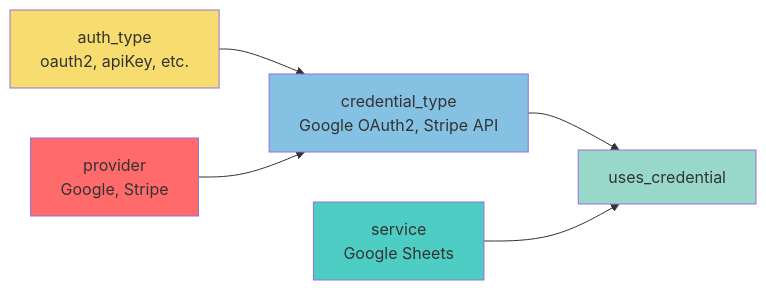
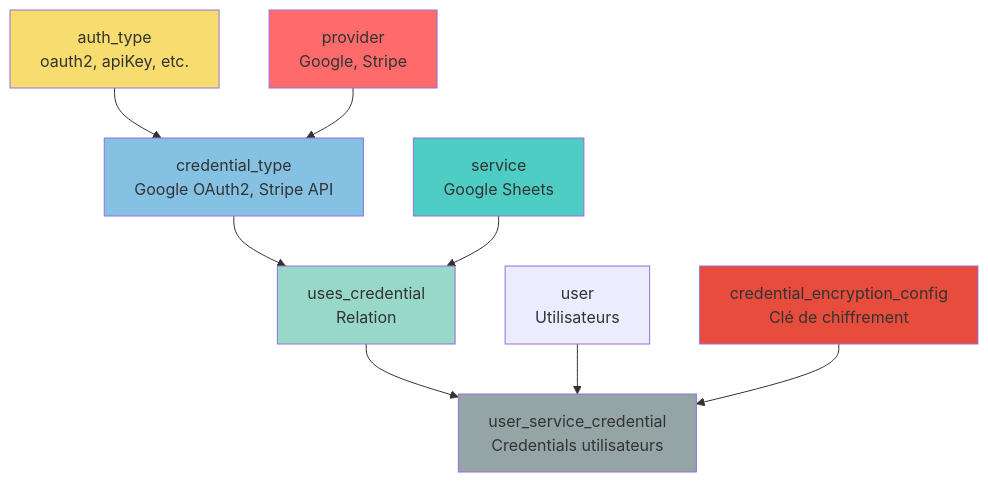
Before and after one commit to LYXAL-LAB/Lyxal_Solution: the diagram in Lyxal_Solution/Lyxal_Surreal/integrations/documentation/credential/README.md, drawn with Mermaid. The commit also changed other lines of this file and 143 other files, not shown here.

````diff
--- a/Lyxal_Solution/Lyxal_Surreal/integrations/documentation/credential/README.md
+++ b/Lyxal_Solution/Lyxal_Surreal/integrations/documentation/credential/README.md
@@ -35,13 +53,18 @@
 ```mermaid
-graph LR
+graph TB
     A[auth_type<br/>oauth2, apiKey, etc.] --> B[credential_type<br/>Google OAuth2, Stripe API]
     C[provider<br/>Google, Stripe] --> B
-    B --> D[uses_credential]
+    B --> D[uses_credential<br/>Relation]
     E[service<br/>Google Sheets] --> D
+    D --> F[user_service_credential<br/>Credentials utilisateurs]
+    G[user<br/>Utilisateurs] --> F
+    H[credential_encryption_config<br/>Clé de chiffrement] --> F
     
     style A fill:#f7dc6f
     style B fill:#85c1e2
     style C fill:#ff6b6b
     style D fill:#98d8c8
     style E fill:#4ecdc4
+    style F fill:#95a5a6
+    style H fill:#e74c3c
 ```
````
